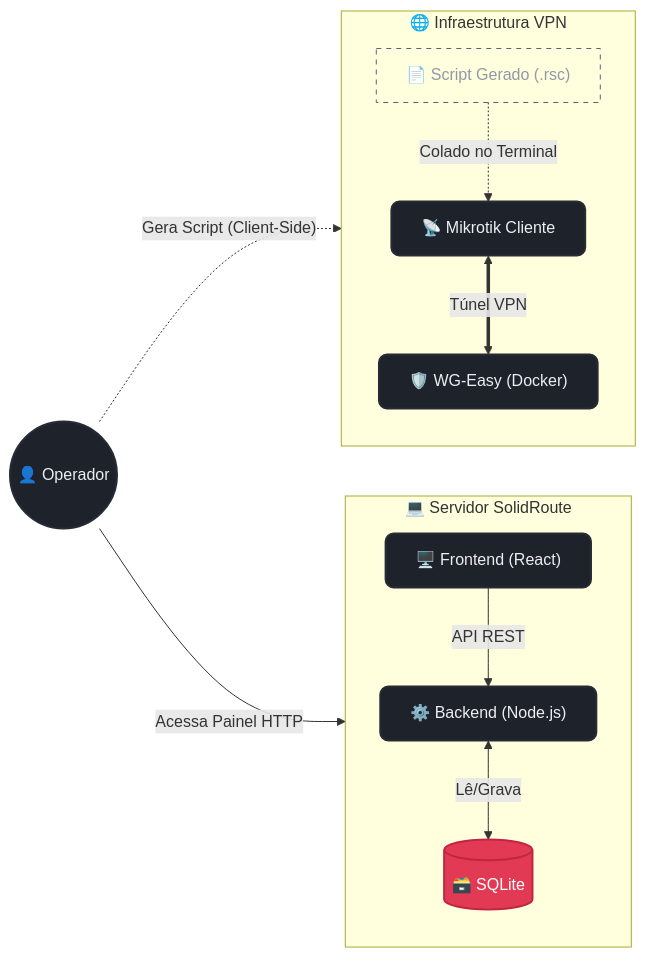
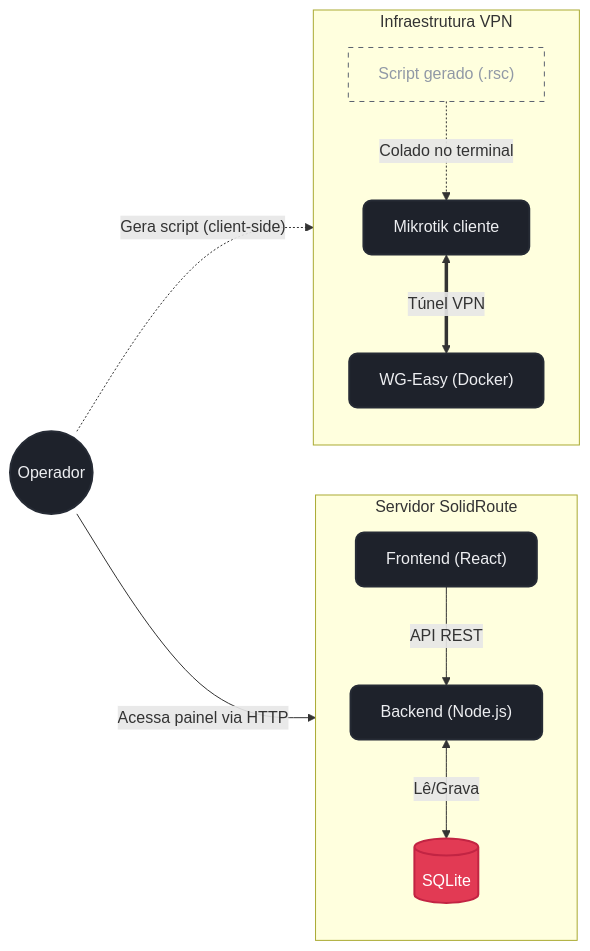
One commit to Rafaelzyzy/SolidRoute changed the diagram in README.md. Above: the diagram before and after it, drawn with Mermaid. The commit also changed other lines of this file, not shown here.

````diff
--- a/README.md
+++ b/README.md
@@ -13,31 +11,30 @@
 ```mermaid
 flowchart LR
-    %% Configuração de Cores baseadas no seu UI
     classDef darkBox fill:#1E222B,stroke:#262B35,stroke-width:2px,color:#EDEEF1,rx:8,ry:8
     classDef dbBox fill:#E23A54,stroke:#C22443,stroke-width:2px,color:#FFFFFF,rx:8,ry:8
     classDef ghostBox fill:none,stroke:#5B6270,stroke-width:1px,stroke-dasharray: 5 5,color:#9199A6
 
-    OP(("👤 Operador")):::darkBox
+    OP(("Operador")):::darkBox
 
-    subgraph Portal ["💻 Servidor SolidRoute"]
+    subgraph Portal ["Servidor SolidRoute"]
         direction TB
-        FE["🖥️ Frontend (React)"]:::darkBox
-        BE["⚙️ Backend (Node.js)"]:::darkBox
-        DB[("🗃️ SQLite")]:::dbBox
+        FE["Frontend (React)"]:::darkBox
+        BE["Backend (Node.js)"]:::darkBox
+        DB[("SQLite")]:::dbBox
         FE -->|"API REST"| BE
         BE <-->|"Lê/Grava"| DB
     end
 
-    subgraph Infra ["🌐 Infraestrutura VPN"]
+    subgraph Infra ["Infraestrutura VPN"]
         direction TB
-        SCRIPT["📄 Script Gerado (.rsc)"]:::ghostBox
-        MK["📡 Mikrotik Cliente"]:::darkBox
-        WG["🛡️ WG-Easy (Docker)"]:::darkBox
+        SCRIPT["Script gerado (.rsc)"]:::ghostBox
+        MK["Mikrotik cliente"]:::darkBox
+        WG["WG-Easy (Docker)"]:::darkBox
 
-        SCRIPT -.->|"Colado no Terminal"| MK
+        SCRIPT -.->|"Colado no terminal"| MK
         MK <==>|"Túnel VPN"| WG
     end
 
-    OP -->|"Acessa Painel HTTP"| FE
-    OP -.->|"Gera Script (Client-Side)"| SCRIPT
+    OP -->|"Acessa painel via HTTP"| FE
+    OP -.->|"Gera script (client-side)"| SCRIPT
 ```
````
